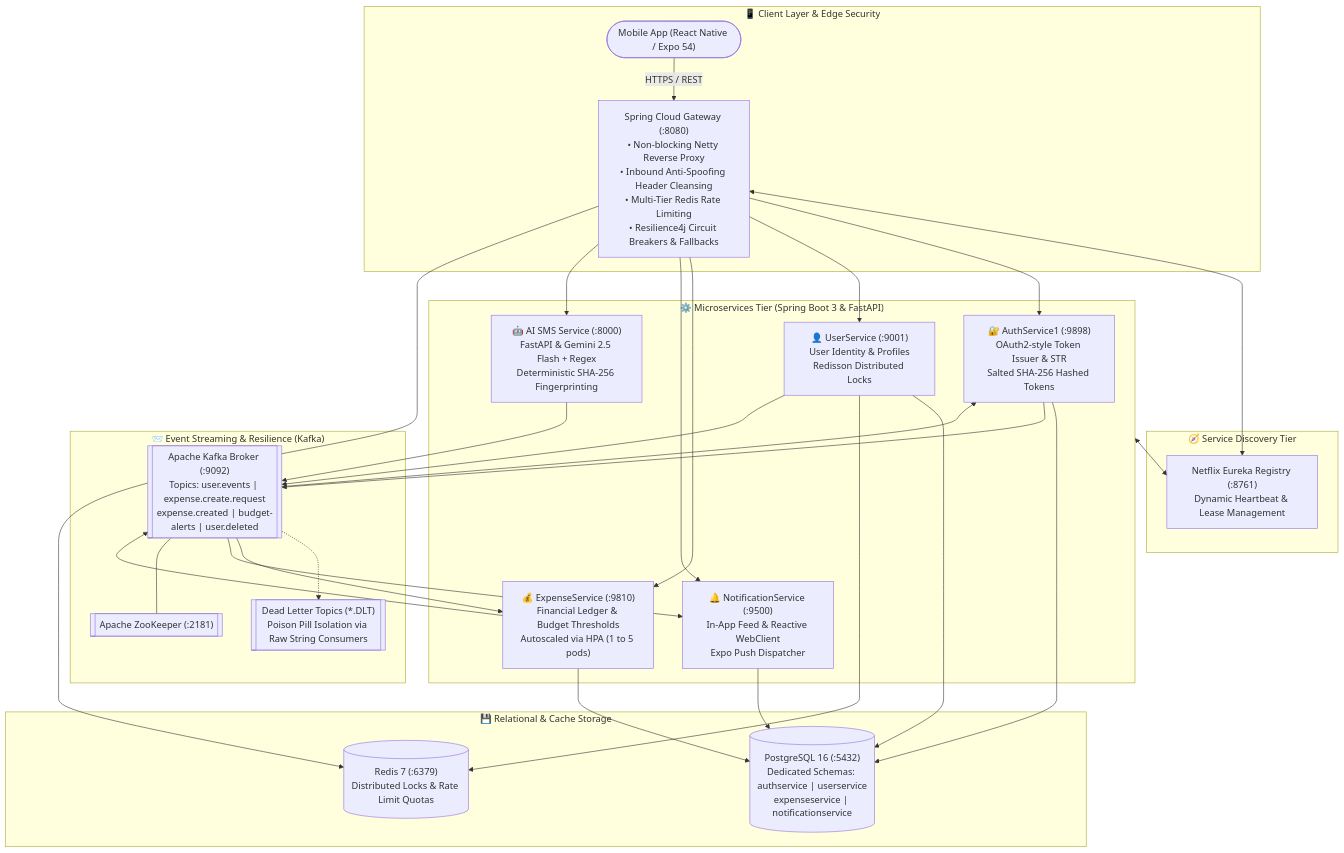
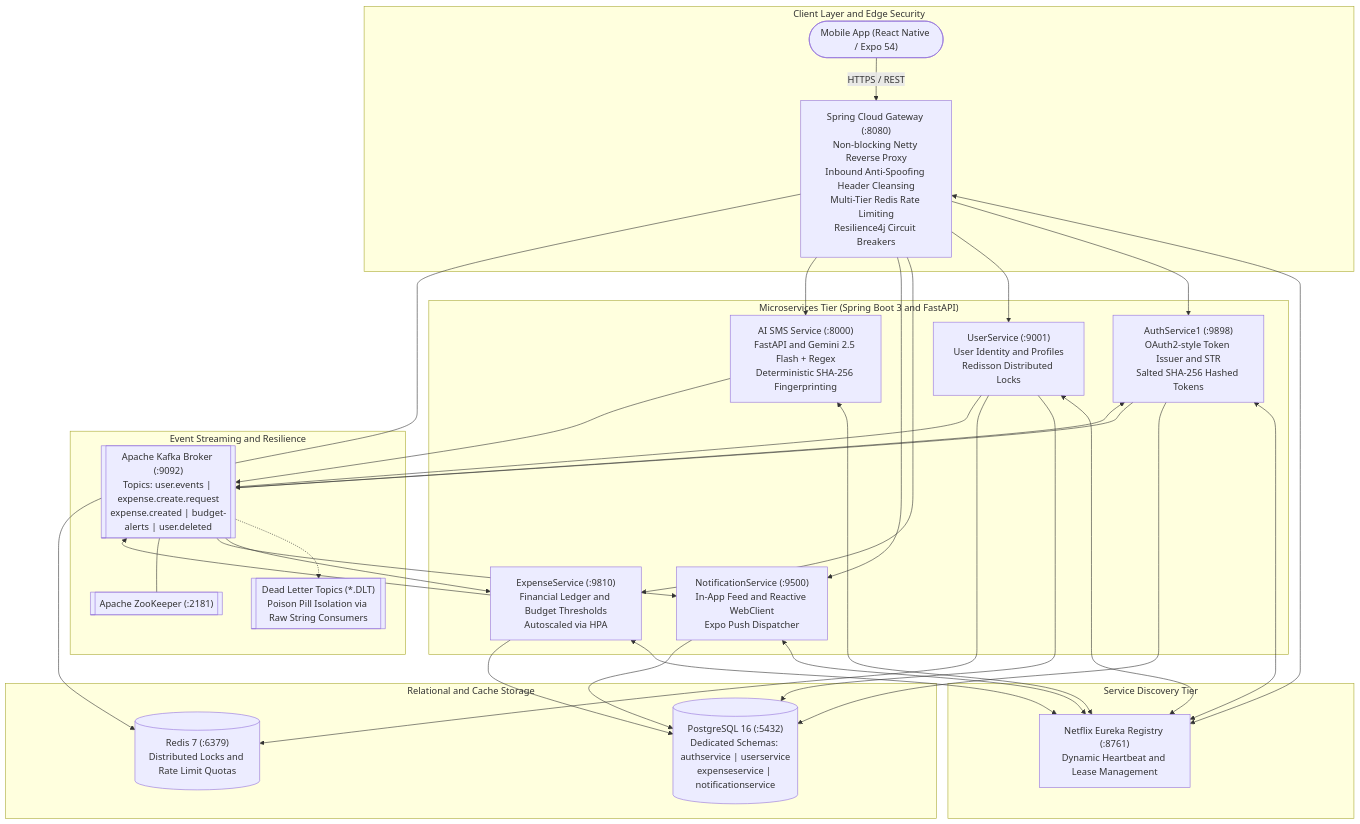
The first of 5 diagrams in backend/README.md (sagr612/Fintrack), drawn with Mermaid before and after one commit. The commit also changed other lines of this file and 3 other files, not shown here.

````diff
--- a/backend/README.md
+++ b/backend/README.md
@@ -18,43 +18,63 @@
 ```mermaid
 graph TB
-    subgraph ClientPerimeter ["📱 Client Layer & Edge Security"]
+    subgraph ClientPerimeter ["Client Layer and Edge Security"]
         Client(["Mobile App (React Native / Expo 54)"])
-        Gateway["Spring Cloud Gateway (:8080)<br/>• Non-blocking Netty Reverse Proxy<br/>• Inbound Anti-Spoofing Header Cleansing<br/>• Multi-Tier Redis Rate Limiting<br/>• Resilience4j Circuit Breakers & Fallbacks"]
+        Gateway["Spring Cloud Gateway (:8080)<br/>Non-blocking Netty Reverse Proxy<br/>Inbound Anti-Spoofing Header Cleansing<br/>Multi-Tier Redis Rate Limiting<br/>Resilience4j Circuit Breakers"]
     end
 
-    subgraph ServiceRegistry ["🧭 Service Discovery Tier"]
-        Eureka["Netflix Eureka Registry (:8761)<br/>Dynamic Heartbeat & Lease Management"]
+    subgraph ServiceRegistry ["Service Discovery Tier"]
+        Eureka["Netflix Eureka Registry (:8761)<br/>Dynamic Heartbeat and Lease Management"]
     end
 
-    subgraph MicroservicesTier ["⚙️ Microservices Tier (Spring Boot 3 & FastAPI)"]
-        AuthSvc["🔐 AuthService1 (:9898)<br/>OAuth2-style Token Issuer & STR<br/>Salted SHA-256 Hashed Tokens"]
-        UserSvc["👤 UserService (:9001)<br/>User Identity & Profiles<br/>Redisson Distributed Locks"]
-        ExpenseSvc["💰 ExpenseService (:9810)<br/>Financial Ledger & Budget Thresholds<br/>Autoscaled via HPA (1 to 5 pods)"]
-        NotifSvc["🔔 NotificationService (:9500)<br/>In-App Feed & Reactive WebClient<br/>Expo Push Dispatcher"]
-        AISvc["🤖 AI SMS Service (:8000)<br/>FastAPI & Gemini 2.5 Flash + Regex<br/>Deterministic SHA-256 Fingerprinting"]
+    subgraph MicroservicesTier ["Microservices Tier (Spring Boot 3 and FastAPI)"]
+        AuthSvc["AuthService1 (:9898)<br/>OAuth2-style Token Issuer and STR<br/>Salted SHA-256 Hashed Tokens"]
+        UserSvc["UserService (:9001)<br/>User Identity and Profiles<br/>Redisson Distributed Locks"]
+        ExpenseSvc["ExpenseService (:9810)<br/>Financial Ledger and Budget Thresholds<br/>Autoscaled via HPA"]
+        NotifSvc["NotificationService (:9500)<br/>In-App Feed and Reactive WebClient<br/>Expo Push Dispatcher"]
+        AISvc["AI SMS Service (:8000)<br/>FastAPI and Gemini 2.5 Flash + Regex<br/>Deterministic SHA-256 Fingerprinting"]
     end
 
-    subgraph MessagingBackbone ["📨 Event Streaming & Resilience (Kafka)"]
+    subgraph MessagingBackbone ["Event Streaming and Resilience"]
         KafkaBroker[["Apache Kafka Broker (:9092)<br/>Topics: user.events | expense.create.request<br/>expense.created | budget-alerts | user.deleted"]]
         KafkaDLT[["Dead Letter Topics (*.DLT)<br/>Poison Pill Isolation via Raw String Consumers"]]
         ZooKeeper[["Apache ZooKeeper (:2181)"]]
     end
 
-    subgraph PersistenceCluster ["💾 Relational & Cache Storage"]
+    subgraph PersistenceCluster ["Relational and Cache Storage"]
         Postgres[("PostgreSQL 16 (:5432)<br/>Dedicated Schemas: authservice | userservice<br/>expenseservice | notificationservice")]
-        RedisStore[("Redis 7 (:6379)<br/>Distributed Locks & Rate Limit Quotas")]
+        RedisStore[("Redis 7 (:6379)<br/>Distributed Locks and Rate Limit Quotas")]
     end
 
     Client -->|"HTTPS / REST"| Gateway
     Gateway <--> Eureka
-    MicroservicesTier <--> Eureka
+    AuthSvc <--> Eureka
+    UserSvc <--> Eureka
+    ExpenseSvc <--> Eureka
+    NotifSvc <--> Eureka
+    AISvc <--> Eureka
 
-    Gateway --> AuthSvc & UserSvc & ExpenseSvc & NotifSvc & AISvc
+    Gateway --> AuthSvc
+    Gateway --> UserSvc
+    Gateway --> ExpenseSvc
+    Gateway --> NotifSvc
+    Gateway --> AISvc
 
-    AuthSvc & UserSvc & ExpenseSvc & NotifSvc --> Postgres
-    UserSvc & Gateway --> RedisStore
-    AuthSvc & UserSvc & ExpenseSvc & AISvc --> KafkaBroker
+    AuthSvc --> Postgres
+    UserSvc --> Postgres
+    ExpenseSvc --> Postgres
+    NotifSvc --> Postgres
+
+    UserSvc --> RedisStore
+    Gateway --> RedisStore
+
+    AuthSvc --> KafkaBroker
+    UserSvc --> KafkaBroker
+    ExpenseSvc --> KafkaBroker
+    AISvc --> KafkaBroker
+
     KafkaBroker -.-> KafkaDLT
-    KafkaBroker --> ExpenseSvc & NotifSvc & AuthSvc
+    KafkaBroker --> ExpenseSvc
+    KafkaBroker --> NotifSvc
+    KafkaBroker --> AuthSvc
     KafkaBroker --- ZooKeeper
 ```
````
